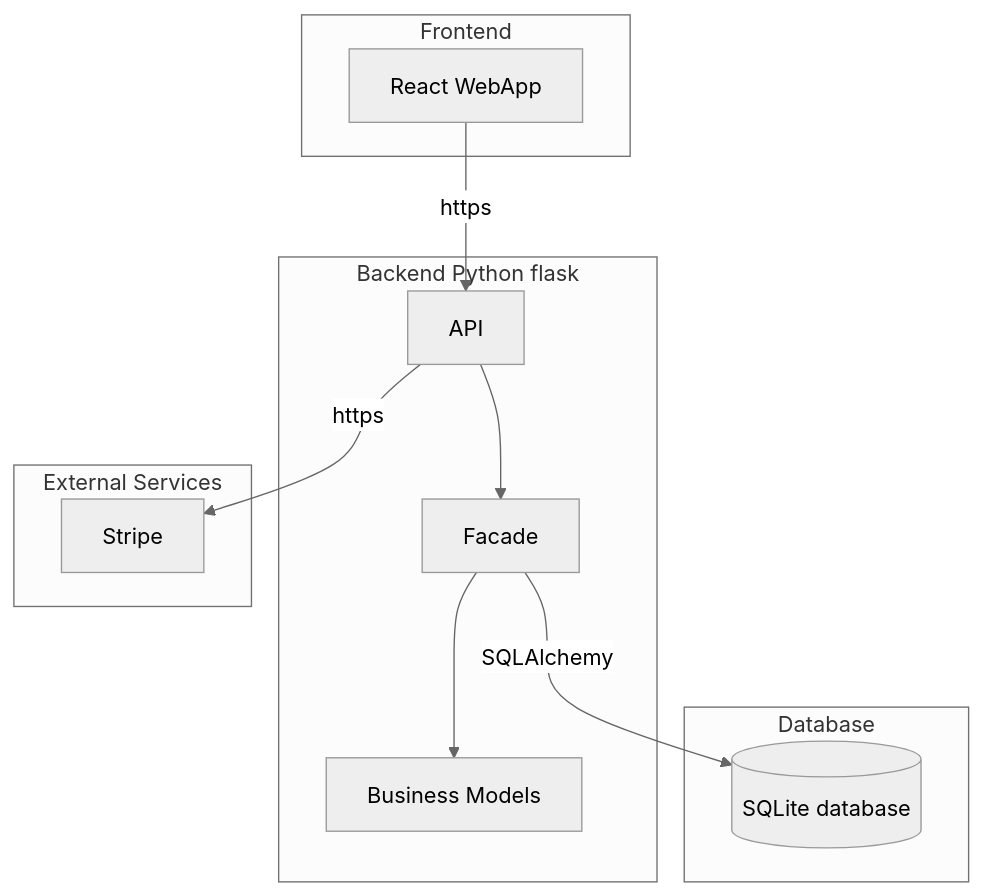
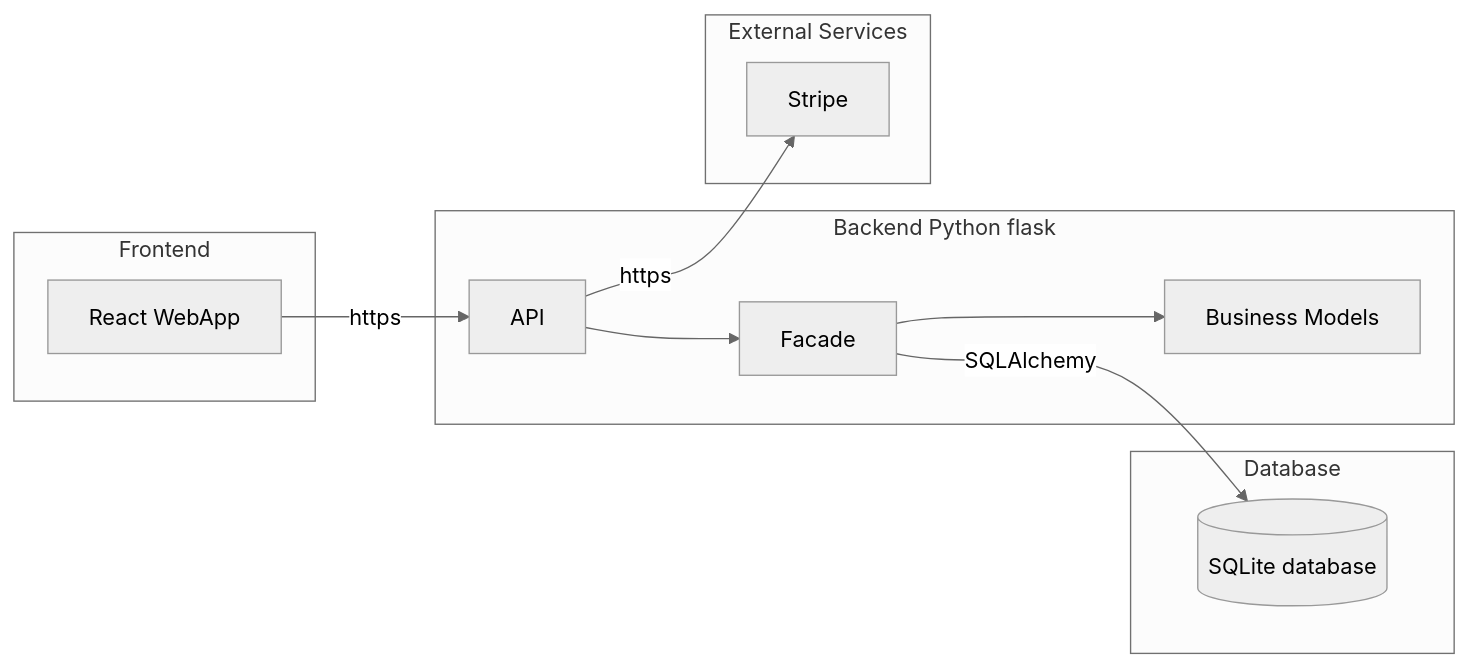
One commit to ylabate/Portfolio-Project changed the diagram in Technical Documentation(Stage 3).md. Above: the diagram before and after it, drawn with Mermaid (neutral theme).

Commit message:
doc: use LR on the flowchart

````diff
--- a/Technical Documentation(Stage 3).md
+++ b/Technical Documentation(Stage 3).md
@@ -50,24 +50,22 @@
 ```mermaid
-flowchart TB
+flowchart LR
  subgraph frontend["Frontend"]
         webapp["React WebApp"]
   end
  subgraph backend["Backend Python flask"]
         api["API"]
         Facade["Facade"]
         Models["Business Models"]
   end
  subgraph database["Database"]
         sqlite[("SQLite database")]
   end
  subgraph external["External Services"]
         stripe["Stripe"]
   end
     webapp -- https --> api
     api --> Facade
     api -- https --> stripe
     Facade --> Models
     Facade -- SQLAlchemy --> sqlite
-
-
 ```
````
